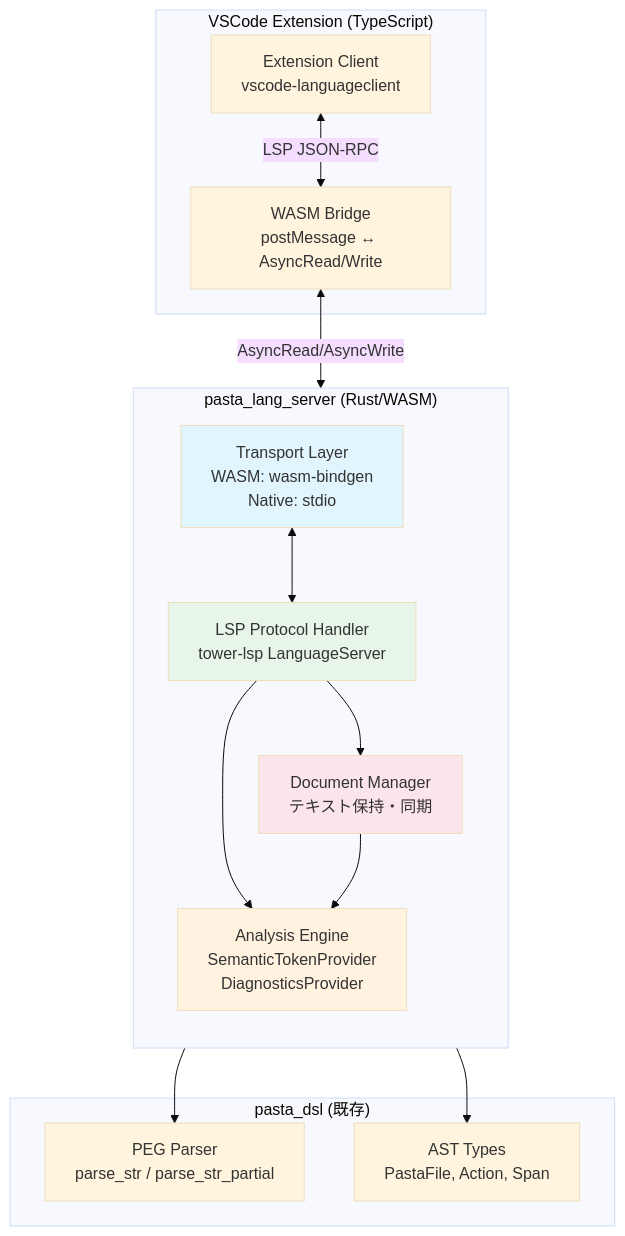
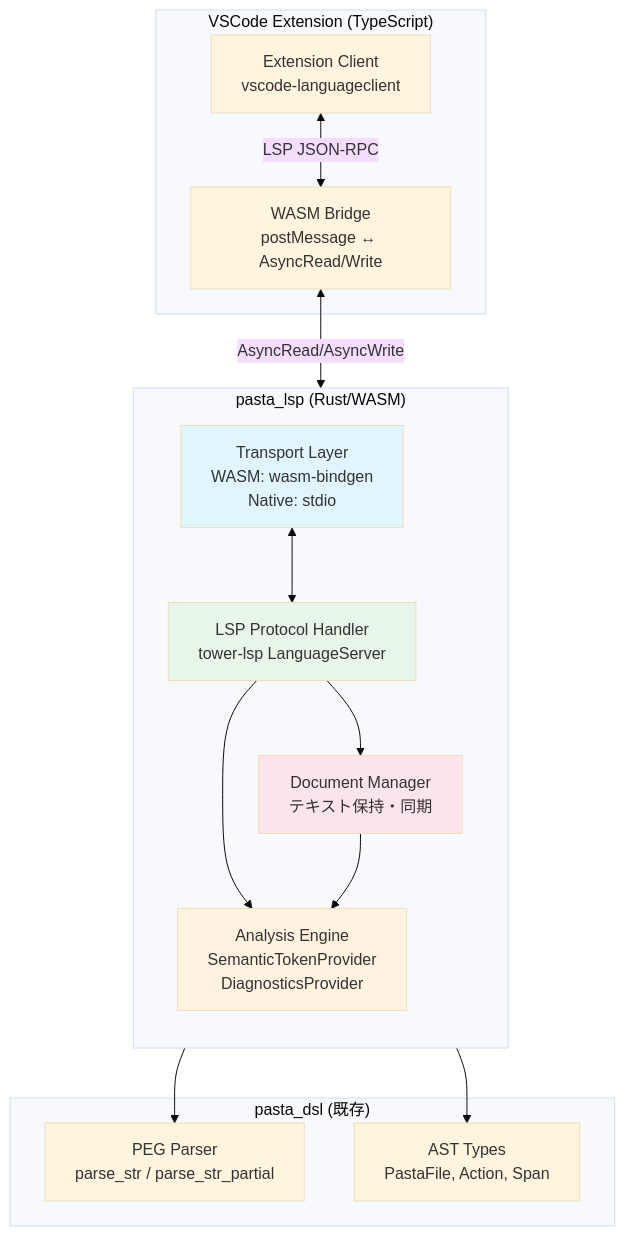
The first of 3 diagrams in .kiro/specs/pasta-language-server/design.md (ekicyou/pasta), drawn with Mermaid (base theme) before and after one commit. The commit also changed other lines of this file and 1 other file, not shown here.

First line of the commit message:
spec(pasta-language-server): クレート名をpasta_lspに変更、WASMビルド確認を明記

````diff
--- a/.kiro/specs/pasta-language-server/design.md
+++ b/.kiro/specs/pasta-language-server/design.md
@@ -32,34 +32,34 @@
 ```mermaid
 graph TB
     subgraph "VSCode Extension (TypeScript)"
         EC[Extension Client<br/>vscode-languageclient]
         WB[WASM Bridge<br/>postMessage ↔ AsyncRead/Write]
     end
 
-    subgraph "pasta_lang_server (Rust/WASM)"
+    subgraph "pasta_lsp (Rust/WASM)"
         direction TB
         TP[Transport Layer<br/>WASM: wasm-bindgen<br/>Native: stdio]
         LS[LSP Protocol Handler<br/>tower-lsp LanguageServer]
         AE[Analysis Engine<br/>SemanticTokenProvider<br/>DiagnosticsProvider]
         DM[Document Manager<br/>テキスト保持・同期]
     end
 
     subgraph "pasta_dsl (既存)"
         PP[PEG Parser<br/>parse_str / parse_str_partial]
         AST[AST Types<br/>PastaFile, Action, Span]
     end
 
     EC <-->|LSP JSON-RPC| WB
     WB <-->|AsyncRead/AsyncWrite| TP
     TP <--> LS
     LS --> AE
     LS --> DM
     AE --> PP
     AE --> AST
     DM --> AE
 
     style TP fill:#e1f5fe
     style LS fill:#e8f5e9
     style AE fill:#fff3e0
     style DM fill:#fce4ec
 ```
````
